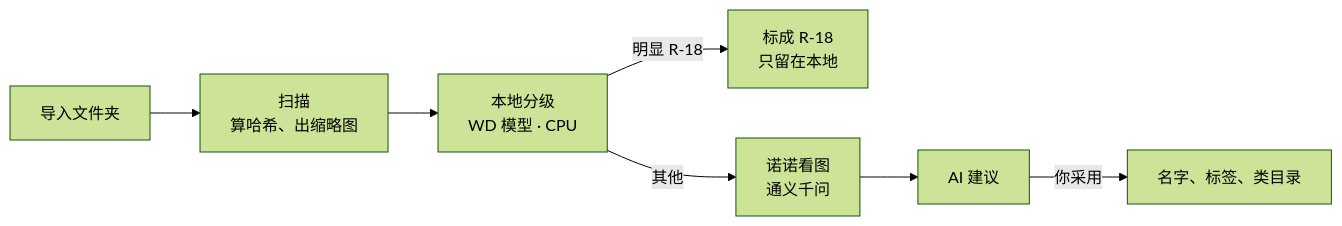
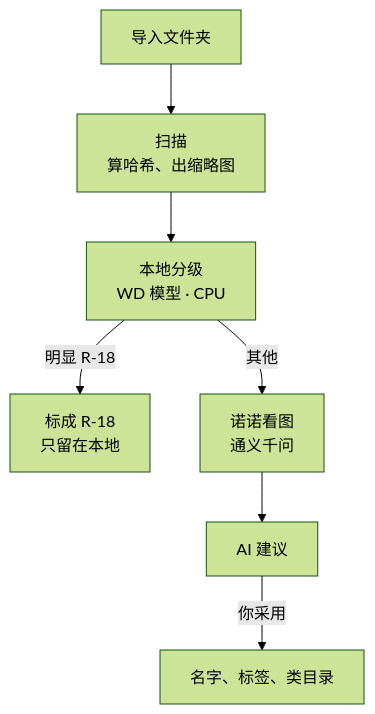
One commit to pluchon/nuonuo_tool_center changed the diagram in README.md. Above: the diagram before and after it, drawn with Mermaid (forest theme). The commit also changed other lines of this file, not shown here.

Commit message:
Fix README feature table header and stack the flow diagram vertically

````diff
--- a/README.md
+++ b/README.md
@@ -70,9 +70,9 @@
 ```mermaid
-flowchart LR
+flowchart TD
     A["导入文件夹"] --> B["扫描<br/>算哈希、出缩略图"]
     B --> C["本地分级<br/>WD 模型 · CPU"]
     C -- "明显 R-18" --> R["标成 R-18<br/>只留在本地"]
     C -- "其他" --> L["诺诺看图<br/>通义千问"]
     L --> S["AI 建议"]
     S -- "你采用" --> D["名字、标签、类目录"]
 ```
````
